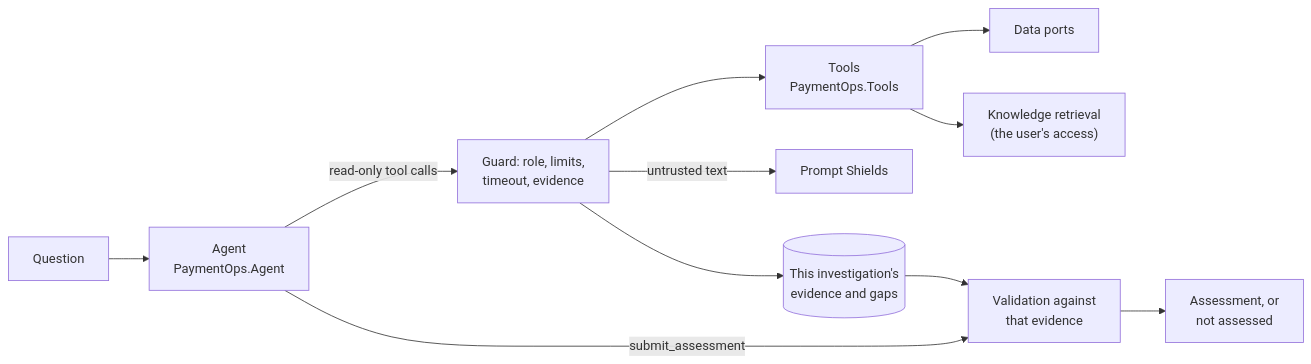
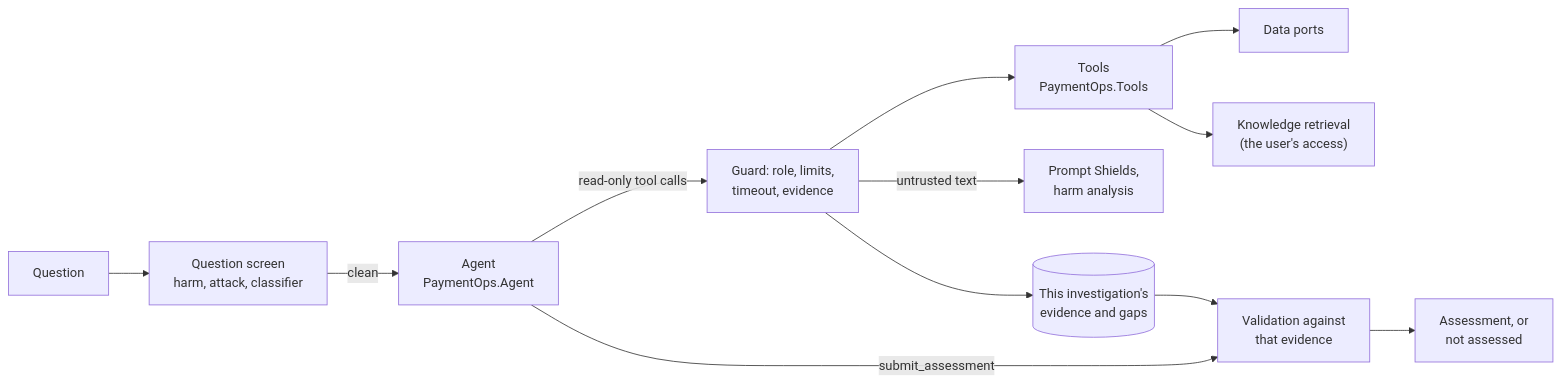
One commit to ankurparekh1988/payment-ops-investigation-agent changed the fifth of 8 diagrams in docs/Architecture.md. Above: the diagram before and after it, drawn with Mermaid. The commit also changed other lines of this file and 35 other files, not shown here.

Commit message:
feat(agent): screen questions before the investigation agent sees them, and tool text for harm (#43)

````diff
--- a/docs/Architecture.md
+++ b/docs/Architecture.md
@@ -172,13 +172,14 @@
 ```mermaid
 flowchart LR
-  Q["Question"] --> A["Agent<br/>PaymentOps.Agent"]
+  Q["Question"] --> QS["Question screen<br/>harm, attack, classifier"]
+  QS -- "clean" --> A["Agent<br/>PaymentOps.Agent"]
   A -- "read-only tool calls" --> G["Guard: role, limits,<br/>timeout, evidence"]
   G --> T["Tools<br/>PaymentOps.Tools"]
   T --> P["Data ports"]
   T --> K["Knowledge retrieval<br/>(the user's access)"]
-  G -- "untrusted text" --> PS["Prompt Shields"]
+  G -- "untrusted text" --> PS["Prompt Shields,<br/>harm analysis"]
   G --> S[("This investigation's<br/>evidence and gaps")]
   A -- "submit_assessment" --> V["Validation against<br/>that evidence"]
   S --> V
   V --> R["Assessment, or<br/>not assessed"]
 ```
````
